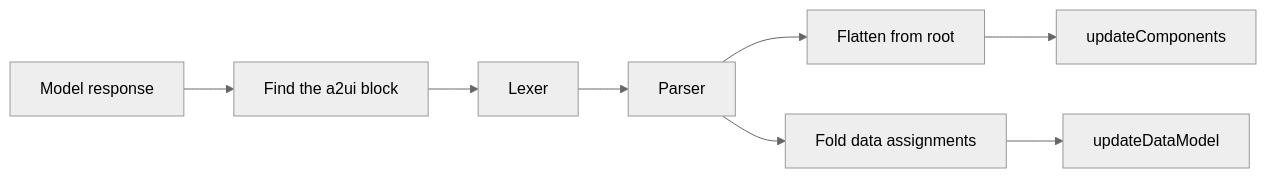
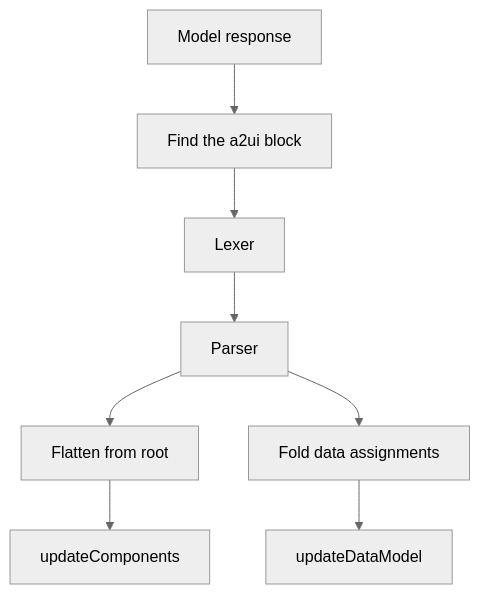
Before and after one commit to rafaeltonholo/portfolio: the diagram in drafts/on-device-llm-a2ui-android.md, drawn with Mermaid (neutral theme). The commit also changed other lines of this file and 1 other file, not shown here.

Commit message:
fix(article): clarify the opening hook and stack the pipeline diagram vertically

````diff
--- a/drafts/on-device-llm-a2ui-android.md
+++ b/drafts/on-device-llm-a2ui-android.md
@@ -212,10 +214,10 @@
 ```mermaid
-flowchart LR
+flowchart TD
     A[Model response] --> B[Find the a2ui block]
     B --> C[Lexer]
     C --> D[Parser]
     D --> E[Flatten from root]
     D --> F[Fold data assignments]
     E --> G[updateComponents]
     F --> H[updateDataModel]
 ```
````
